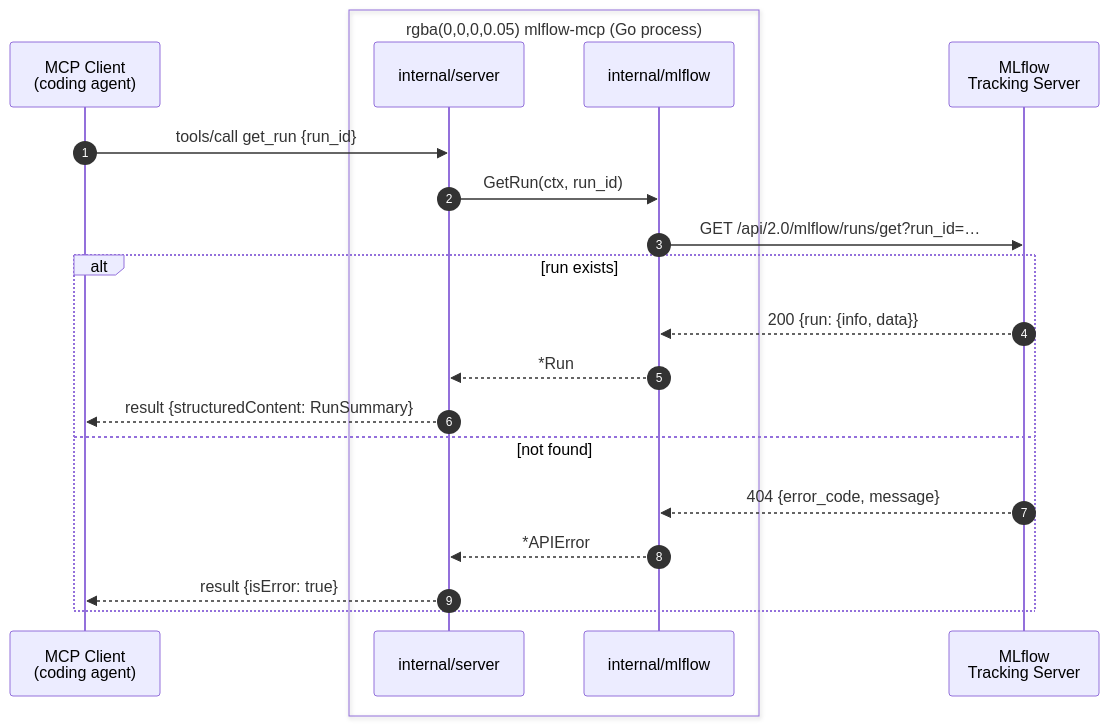
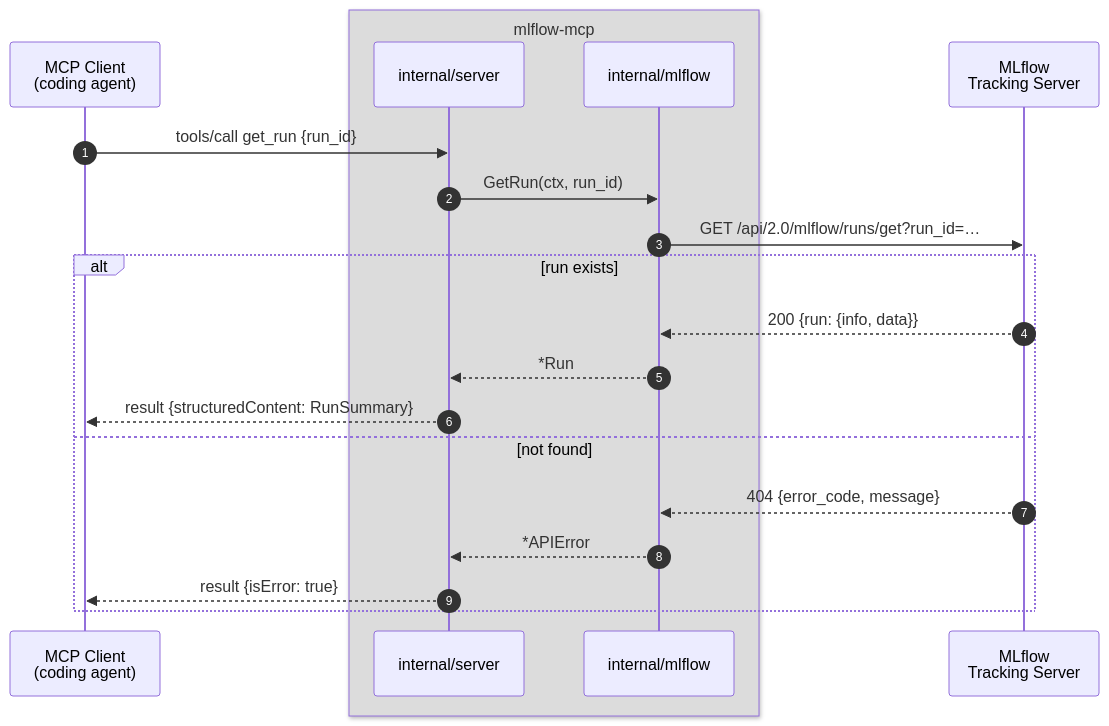
One commit to manuelgilm/mlflow-mcp-go changed the diagram in README.md. Above: the diagram before and after it, drawn with Mermaid.

Commit message:
docs: use a named color for the sequence diagram box
rgba(0,0,0,0.05) was valid but rendered as an invisible fill and read like a
stray value; gainsboro is the documented, visible form.

````diff
--- a/README.md
+++ b/README.md
@@ -87,26 +87,26 @@
 ```mermaid
 sequenceDiagram
     autonumber
     participant C as MCP Client<br/>(coding agent)
 
-    box rgba(0,0,0,0.05) mlflow-mcp (Go process)
+    box gainsboro mlflow-mcp
         participant H as internal/server
         participant K as internal/mlflow
     end
 
     participant M as MLflow<br>Tracking Server
 
     C->>H: tools/call get_run {run_id}
     H->>K: GetRun(ctx, run_id)
     K->>M: GET /api/2.0/mlflow/runs/get?run_id=…
 
     alt run exists
         M-->>K: 200 {run: {info, data}}
         K-->>H: *Run
         H-->>C: result {structuredContent: RunSummary}
     else not found
         M-->>K: 404 {error_code, message}
         K-->>H: *APIError
         H-->>C: result {isError: true}
     end
 ```
````
